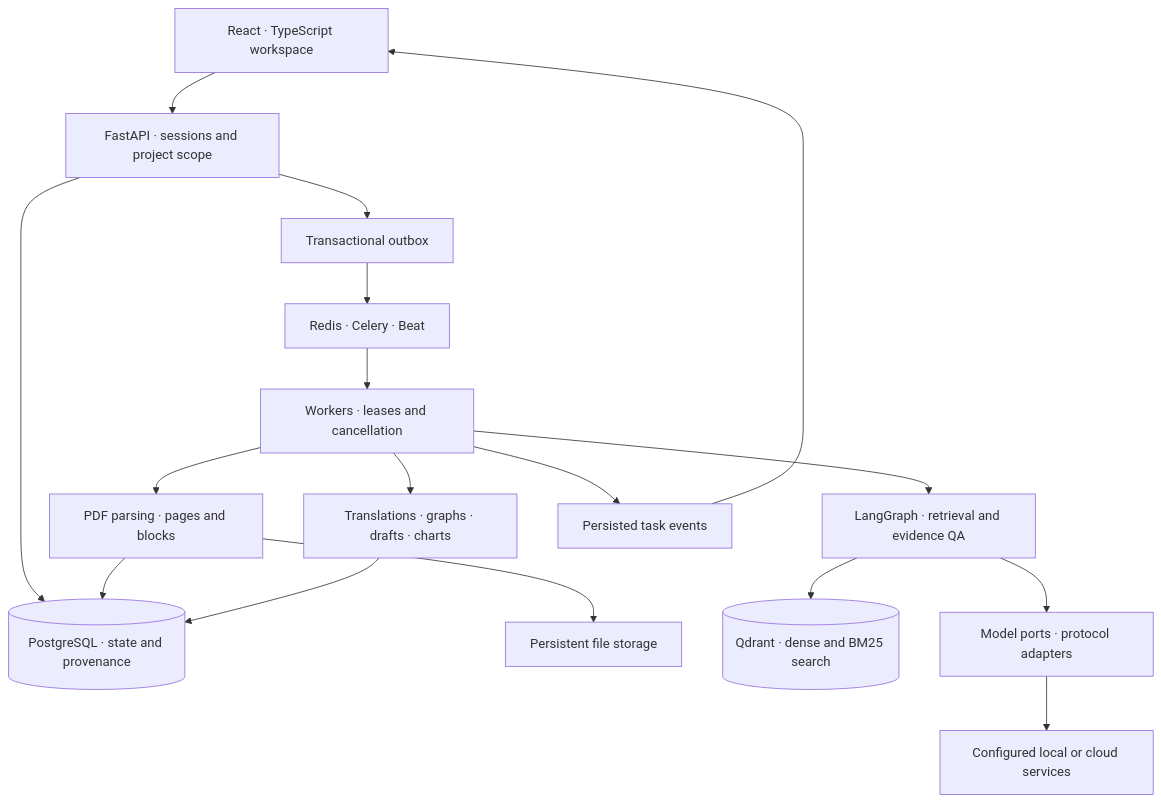
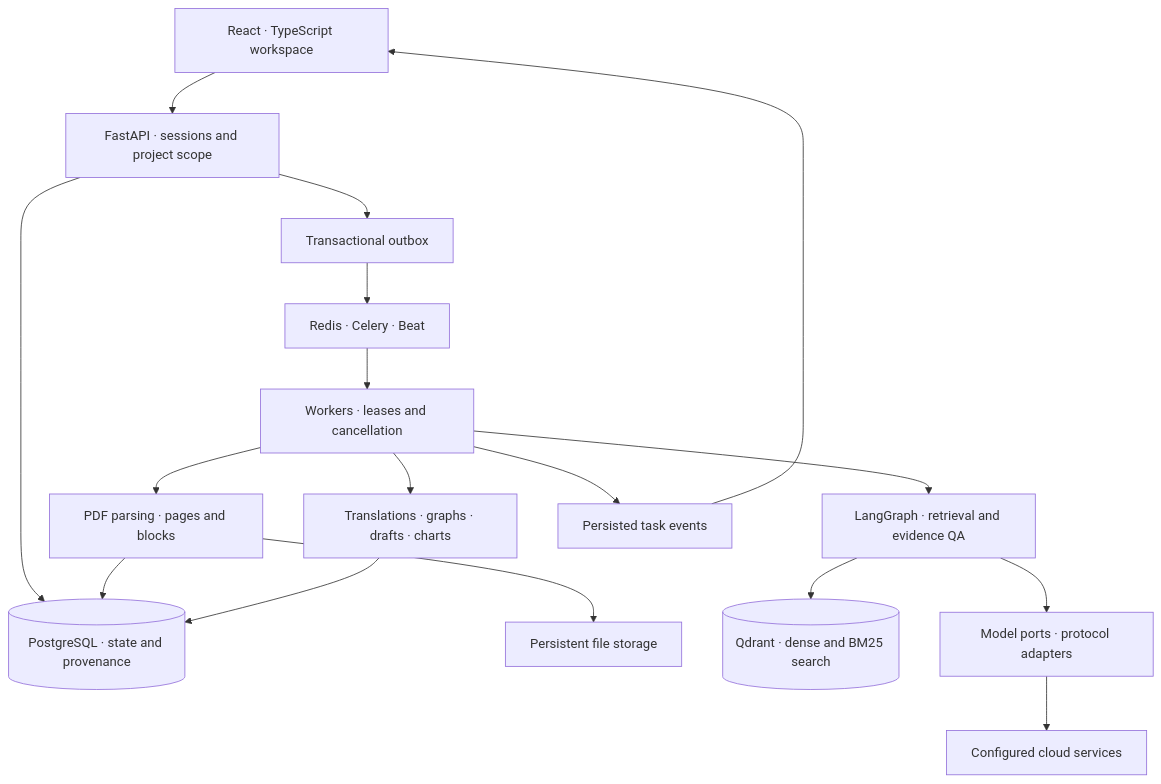
One commit to JingleiCui/ScholarShip changed the diagram in README.en.md. Above: the diagram before and after it, drawn with Mermaid. The commit also changed other lines of this file and 110 other files, not shown here.

````diff
--- a/README.en.md
+++ b/README.en.md
@@ -40,19 +43,19 @@
 ```mermaid
 flowchart TB
     UI[React · TypeScript workspace] --> API[FastAPI · sessions and project scope]
     API --> PG[(PostgreSQL · state and provenance)]
     API --> Outbox[Transactional outbox]
     Outbox --> Queue[Redis · Celery · Beat]
     Queue --> Worker[Workers · leases and cancellation]
     Worker --> Parse[PDF parsing · pages and blocks]
     Parse --> Files[Persistent file storage]
     Parse --> PG
     Worker --> RAG[LangGraph · retrieval and evidence QA]
     RAG --> Qdrant[(Qdrant · dense and BM25 search)]
     RAG --> Models[Model ports · protocol adapters]
-    Models --> Providers[Configured local or cloud services]
+    Models --> Providers[Configured cloud services]
     Worker --> Artifacts[Translations · graphs · drafts · charts]
     Artifacts --> PG
     Worker --> Events[Persisted task events]
     Events --> UI
 ```
````
